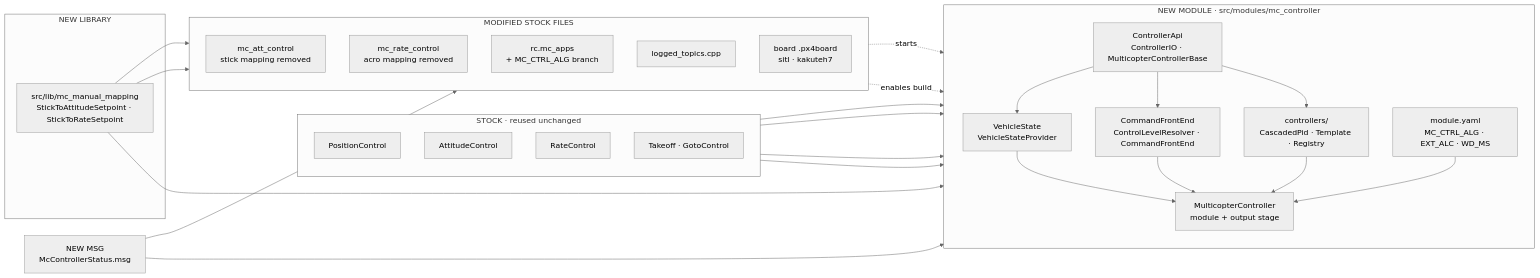
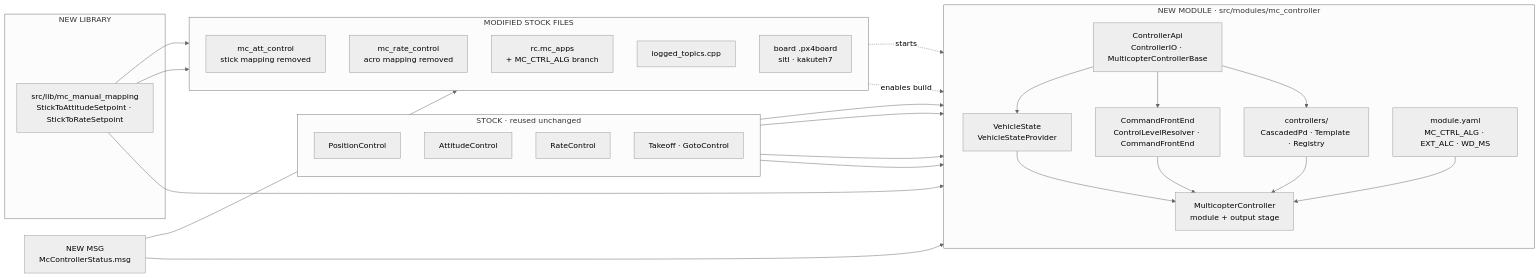
Before and after one commit to pyromania99/PX4-Autopilot: the third of 6 diagrams in src/modules/mc_controller/CHANGE_MAP.md, drawn with Mermaid (neutral theme). The commit also changed other lines of this file and 18 other files, not shown here.

````diff
--- a/src/modules/mc_controller/CHANGE_MAP.md
+++ b/src/modules/mc_controller/CHANGE_MAP.md
@@ -95,54 +95,54 @@
 ```mermaid
 flowchart LR
     subgraph NEWMOD["NEW MODULE · src/modules/mc_controller"]
         direction TB
         API["ControllerApi<br/>ControllerIO · MulticopterControllerBase"]
         VS["VehicleState<br/>VehicleStateProvider"]
         CFE["CommandFrontEnd<br/>ControlLevelResolver · CommandFrontEnd"]
-        CTL["controllers/<br/>CascadedPid · Template · Registry"]
+        CTL["controllers/<br/>CascadedPd · Template · Registry"]
         MODU["MulticopterController<br/>module + output stage"]
         YML["module.yaml<br/>MC_CTRL_ALG · EXT_ALC · WD_MS"]
     end
 
     subgraph NEWLIB["NEW LIBRARY"]
         SM["src/lib/mc_manual_mapping<br/>StickToAttitudeSetpoint · StickToRateSetpoint"]
     end
 
     MSG["NEW MSG<br/>McControllerStatus.msg"]
 
     subgraph REUSE["STOCK · reused unchanged"]
         direction TB
         PC["PositionControl"]
         AC["AttitudeControl"]
         RC["RateControl"]
         TG["Takeoff · GotoControl"]
     end
 
     subgraph MODS["MODIFIED STOCK FILES"]
         direction TB
         MATT["mc_att_control<br/>stick mapping removed"]
         MRAT["mc_rate_control<br/>acro mapping removed"]
         RCM["rc.mc_apps<br/>+ MC_CTRL_ALG branch"]
         LOG["logged_topics.cpp"]
         BRD["board .px4board<br/>sitl · kakuteh7"]
     end
 
     API --> VS
     API --> CFE
     API --> CTL
     SM --> CFE
     SM --> MATT
     SM --> MRAT
     PC --> CTL
     AC --> CTL
     RC --> CTL
     TG --> CFE
     VS --> MODU
     CFE --> MODU
     CTL --> MODU
     YML --> MODU
     MSG --> MODU
     MSG --> LOG
     RCM -. starts .-> MODU
     BRD -. enables build .-> MODU
 ```
````
